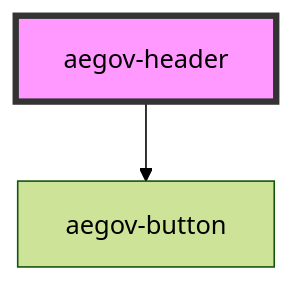
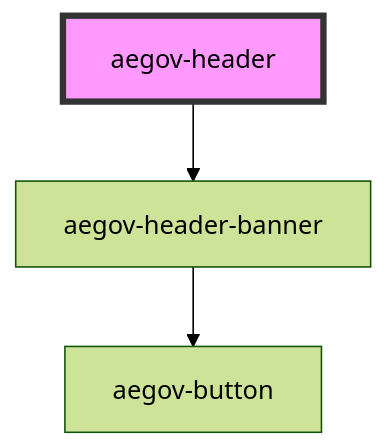
Before and after one commit to TDRA-ae/aegov-designsystem: the diagram in src/components/aegov-header/readme.md, drawn with Mermaid (forest theme). The commit also changed other lines of this file and 14 other files, not shown here.

Commit message:
spliting the aegov-header with aegov-header-banner

````diff
--- a/src/components/aegov-header/readme.md
+++ b/src/components/aegov-header/readme.md
@@ -118,5 +118,6 @@
 ```mermaid
 graph TD;
-  aegov-header --> aegov-button
+  aegov-header --> aegov-header-banner
+  aegov-header-banner --> aegov-button
   style aegov-header fill:#f9f,stroke:#333,stroke-width:4px
 ```
````
